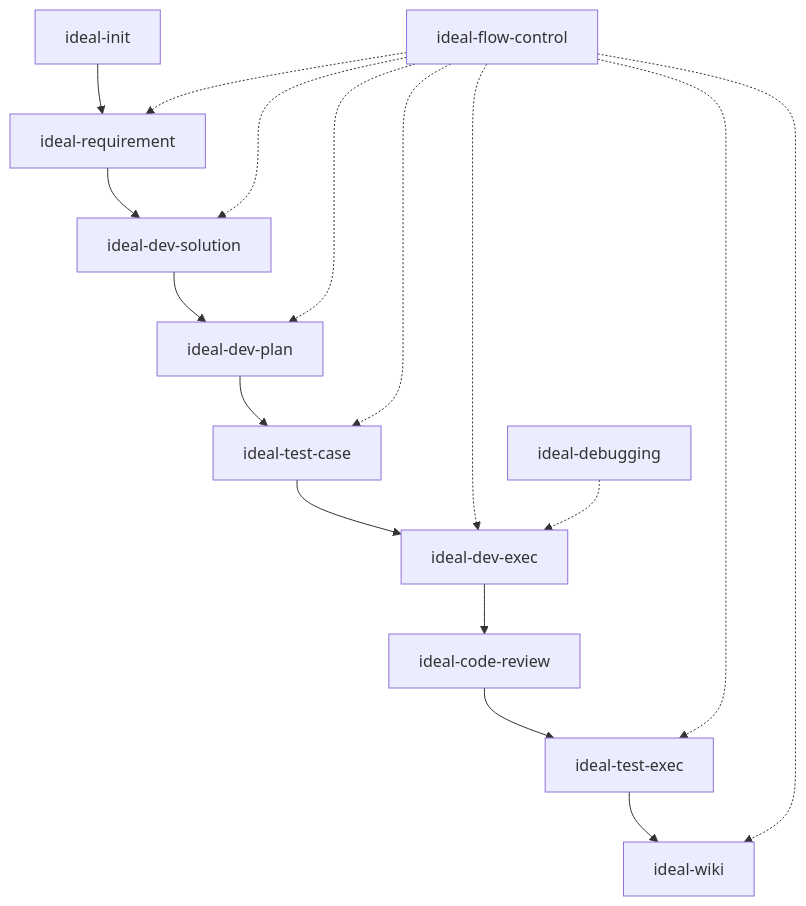
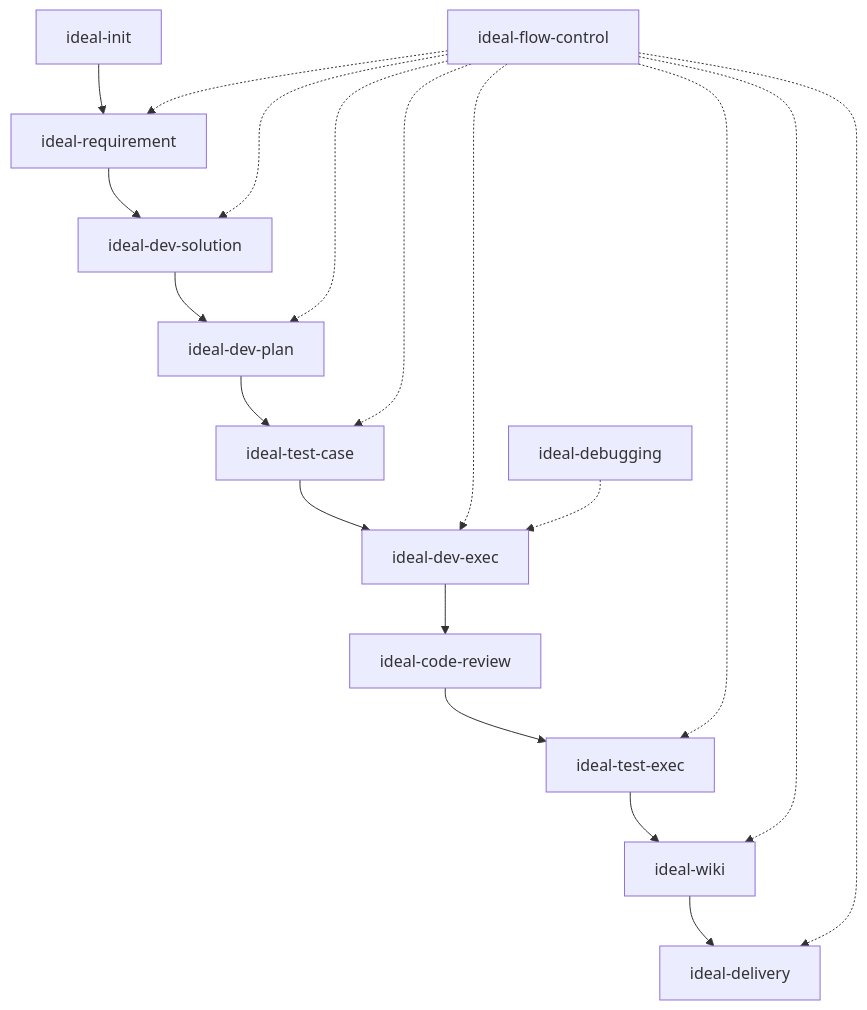
Before and after one commit to MTleen/cc-workflow: the diagram in docs/Wiki/开发指南/Skills 索引.md, drawn with Mermaid. The commit also changed other lines of this file and 15 other files, not shown here.

First line of the commit message:
docs: 补充 ideal-delivery skill 文档并记录经验教训

````diff
--- a/docs/Wiki/开发指南/Skills 索引.md
+++ b/docs/Wiki/开发指南/Skills 索引.md
@@ -46,21 +48,23 @@
 ```mermaid
 flowchart TB
     INIT[ideal-init] --> REQ[ideal-requirement]
     REQ --> SOL[ideal-dev-solution]
     SOL --> PLAN[ideal-dev-plan]
     PLAN --> TC[ideal-test-case]
     TC --> EXEC[ideal-dev-exec]
     EXEC --> CR[ideal-code-review]
     CR --> TE[ideal-test-exec]
     TE --> WIKI[ideal-wiki]
+    WIKI --> DELIVERY[ideal-delivery]
 
     FLOW[ideal-flow-control] -.-> REQ
     FLOW -.-> SOL
     FLOW -.-> PLAN
     FLOW -.-> TC
     FLOW -.-> EXEC
     FLOW -.-> TE
     FLOW -.-> WIKI
+    FLOW -.-> DELIVERY
 
     DEBUG[ideal-debugging] -.-> EXEC
 ```
````
